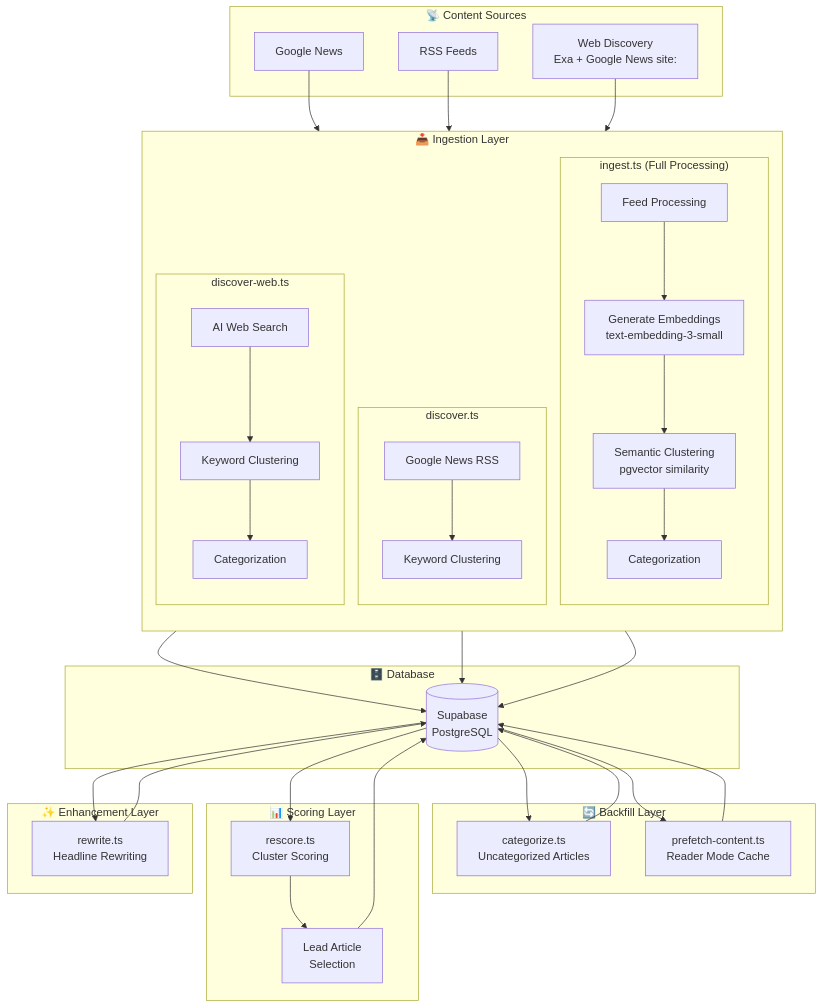
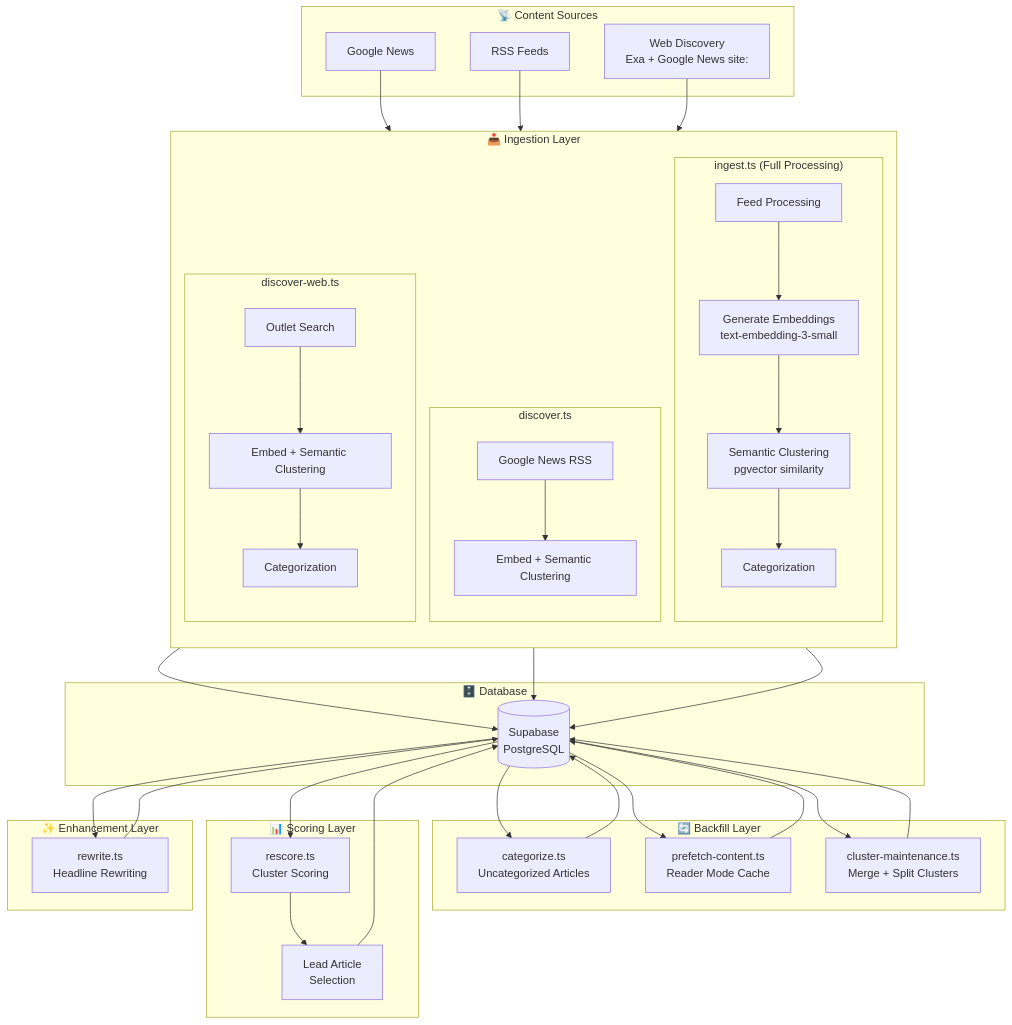
One commit to dwahbe/climate-river changed the second of 9 diagrams in README.md. Above: the diagram before and after it, drawn with Mermaid. The commit also changed other lines of this file and 54 other files, not shown here.

````diff
--- a/README.md
+++ b/README.md
@@ -59,72 +62,75 @@
 ```mermaid
 flowchart TB
     subgraph Sources["📡 Content Sources"]
         RSS[RSS Feeds]
         GN[Google News]
         WEB[Web Discovery<br/>Exa + Google News site:]
     end
 
     subgraph Ingest["📥 Ingestion Layer"]
         direction TB
         subgraph DiscoverPath["discover.ts"]
             DISC[Google News RSS]
-            DISC_KW[Keyword Clustering]
+            DISC_CLUST[Embed + Semantic Clustering]
         end
         subgraph IngestPath["ingest.ts (Full Processing)"]
             ING[Feed Processing]
             EMB[Generate Embeddings<br/>text-embedding-3-small]
             SEM_CLUST[Semantic Clustering<br/>pgvector similarity]
             ING_CAT[Categorization]
         end
         subgraph WebPath["discover-web.ts"]
-            WEBDISC[AI Web Search]
-            WEB_KW[Keyword Clustering]
+            WEBDISC[Outlet Search]
+            WEB_CLUST[Embed + Semantic Clustering]
             WEB_CAT[Categorization]
         end
     end
 
     subgraph Backfill["🔄 Backfill Layer"]
         CAT[categorize.ts<br/>Uncategorized Articles]
         PRE[prefetch-content.ts<br/>Reader Mode Cache]
+        MAINT[cluster-maintenance.ts<br/>Merge + Split Clusters]
     end
 
     subgraph Score["📊 Scoring Layer"]
         RESCORE[rescore.ts<br/>Cluster Scoring]
         LEAD[Lead Article<br/>Selection]
     end
 
     subgraph Enhance["✨ Enhancement Layer"]
         REWRITE[rewrite.ts<br/>Headline Rewriting]
     end
 
     subgraph Storage["🗄️ Database"]
         DB[(Supabase<br/>PostgreSQL)]
     end
 
     GN --> DISC
-    DISC --> DISC_KW
-    DISC_KW --> DB
+    DISC --> DISC_CLUST
+    DISC_CLUST --> DB
 
     RSS --> ING
     ING --> EMB
     EMB --> SEM_CLUST
     SEM_CLUST --> ING_CAT
     ING_CAT --> DB
 
     WEB --> WEBDISC
-    WEBDISC --> WEB_KW
-    WEB_KW --> WEB_CAT
+    WEBDISC --> WEB_CLUST
+    WEB_CLUST --> WEB_CAT
     WEB_CAT --> DB
 
     DB --> CAT
     DB --> PRE
+    DB --> MAINT
     CAT --> DB
     PRE --> DB
+    MAINT --> DB
 
     DB --> RESCORE
     RESCORE --> LEAD
     LEAD --> DB
 
     DB --> REWRITE
     REWRITE --> DB
 ```
````
